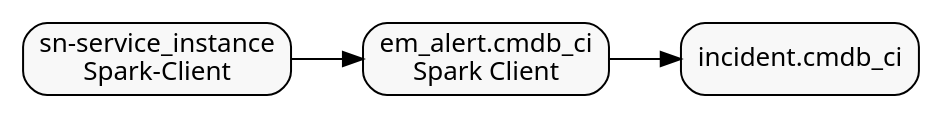
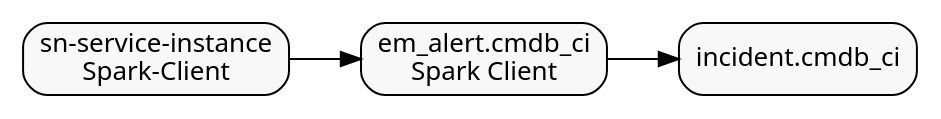
One commit to gxbrooks/spark-observability changed the fifth of 6 diagrams in servicenow/docs/Log_to_Incident/Log_to_Incident.adoc. Above: the diagram before and after it, drawn with Graphviz. The commit also changed other lines of this file and 16 other files, not shown here.

```diff
--- a/servicenow/docs/Log_to_Incident/Log_to_Incident.adoc
+++ b/servicenow/docs/Log_to_Incident/Log_to_Incident.adoc
@@ -2451,14 +2959,14 @@
 [graphviz, Incident_Application_Service_correlation_Client_Side]
 ----
 digraph spark_client_incident {
   graph [rankdir=LR splines=true nodesep=0.5 fontname="Noto Sans" fontsize=14]
   node [shape=box style="rounded,filled" fillcolor="#f8f8f8" fontname="Noto Sans" fontsize=13]
   edge [fontname="Noto Sans" fontsize=12]
 
-  STAMP [label="sn-service_instance\nSpark-Client"]
+  STAMP [label="sn-service-instance\nSpark-Client"]
   ALERT [label="em_alert.cmdb_ci\nSpark Client"]
   INC [label="incident.cmdb_ci"]
 
   STAMP -> ALERT -> INC
 }
 ----
```
